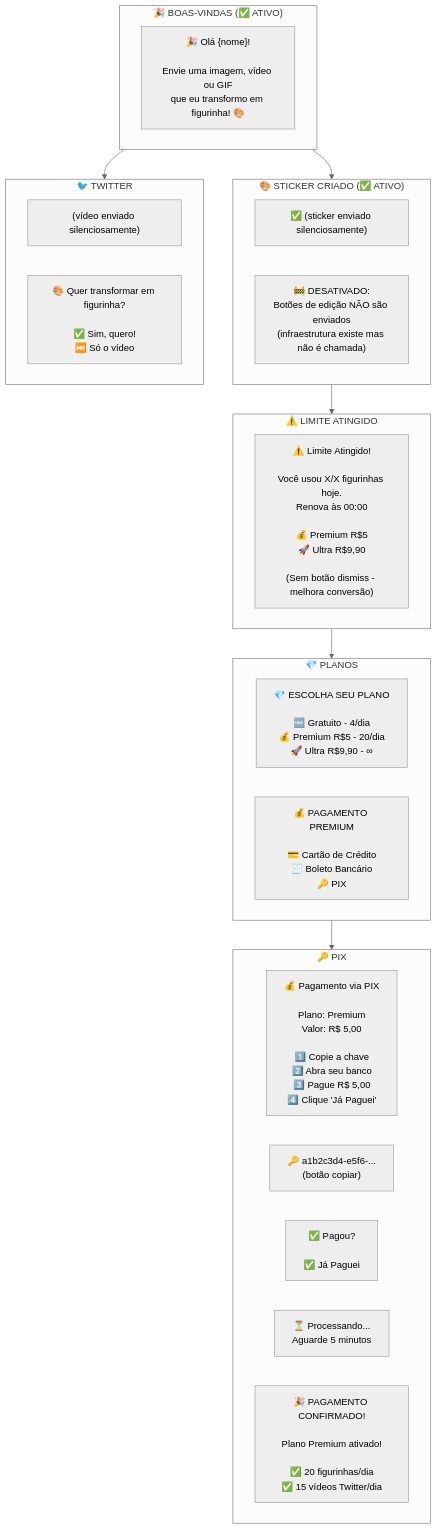
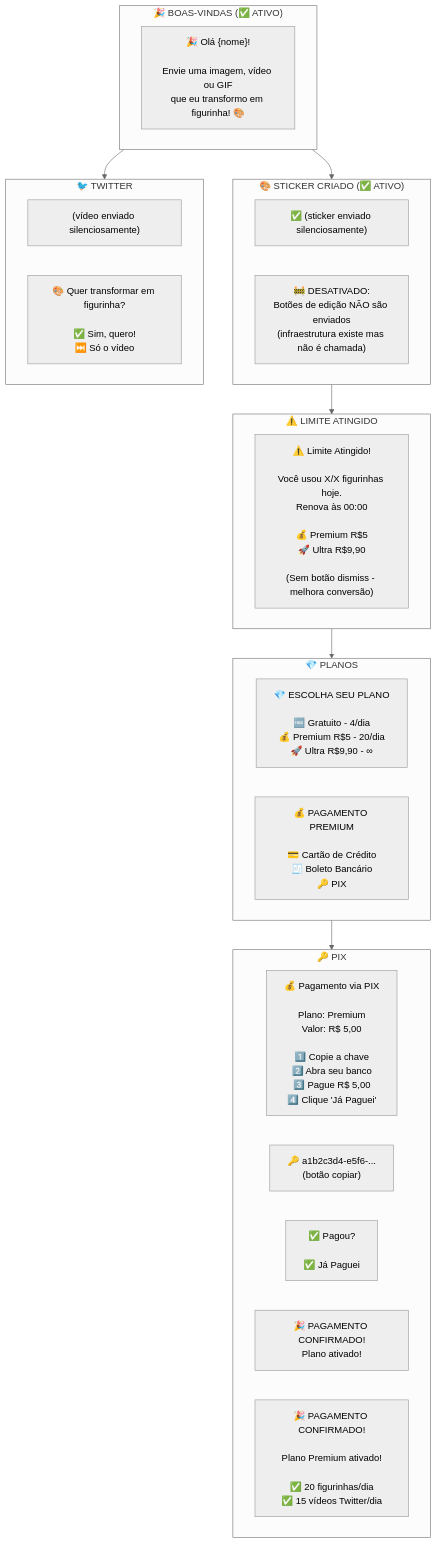
Before and after one commit to reisspaulo/sticker: the seventh of 24 diagrams in docs/architecture/FLOWCHARTS.md, drawn with Mermaid (neutral theme). The commit also changed other lines of this file and 2 other files, not shown here.

````diff
--- a/docs/architecture/FLOWCHARTS.md
+++ b/docs/architecture/FLOWCHARTS.md
@@ -386,39 +383,39 @@
 ```mermaid
 flowchart TB
     subgraph welcome["🎉 BOAS-VINDAS (✅ ATIVO)"]
         W1["🎉 Olá {nome}!<br/><br/>Envie uma imagem, vídeo ou GIF<br/>que eu transformo em figurinha! 🎨"]
     end
 
     subgraph sticker["🎨 STICKER CRIADO (✅ ATIVO)"]
         S1["✅ (sticker enviado silenciosamente)"]
         S2["🚧 DESATIVADO:<br/>Botões de edição NÃO são enviados<br/>(infraestrutura existe mas não é chamada)"]
     end
 
     subgraph limit["⚠️ LIMITE ATINGIDO"]
         L1["⚠️ Limite Atingido!<br/><br/>Você usou X/X figurinhas hoje.<br/>Renova às 00:00<br/><br/>💰 Premium R$5<br/>🚀 Ultra R$9,90<br/><br/>(Sem botão dismiss - melhora conversão)"]
     end
 
     subgraph plans["💎 PLANOS"]
         P1["💎 ESCOLHA SEU PLANO<br/><br/>🆓 Gratuito - 4/dia<br/>💰 Premium R$5 - 20/dia<br/>🚀 Ultra R$9,90 - ∞"]
         P2["💰 PAGAMENTO PREMIUM<br/><br/>💳 Cartão de Crédito<br/>🧾 Boleto Bancário<br/>🔑 PIX"]
     end
 
     subgraph pix["🔑 PIX"]
         PX1["💰 Pagamento via PIX<br/><br/>Plano: Premium<br/>Valor: R$ 5,00<br/><br/>1️⃣ Copie a chave<br/>2️⃣ Abra seu banco<br/>3️⃣ Pague R$ 5,00<br/>4️⃣ Clique 'Já Paguei'"]
         PX2["🔑 a1b2c3d4-e5f6-...<br/>(botão copiar)"]
         PX3["✅ Pagou?<br/><br/>✅ Já Paguei"]
-        PX4["⏳ Processando...<br/>Aguarde 5 minutos"]
+        PX4["🎉 PAGAMENTO CONFIRMADO!<br/>Plano ativado!"]
         PX5["🎉 PAGAMENTO CONFIRMADO!<br/><br/>Plano Premium ativado!<br/><br/>✅ 20 figurinhas/dia<br/>✅ 15 vídeos Twitter/dia"]
     end
 
     subgraph twitter["🐦 TWITTER"]
         T1["(vídeo enviado silenciosamente)"]
         T2["🎨 Quer transformar em figurinha?<br/><br/>✅ Sim, quero!<br/>⏭️ Só o vídeo"]
     end
 
     welcome --> sticker
     sticker --> limit
     limit --> plans
     plans --> pix
     welcome --> twitter
 ```
````
